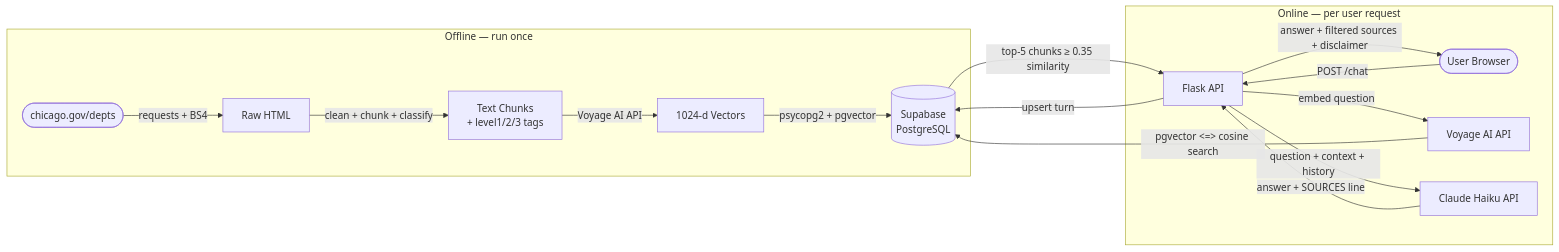
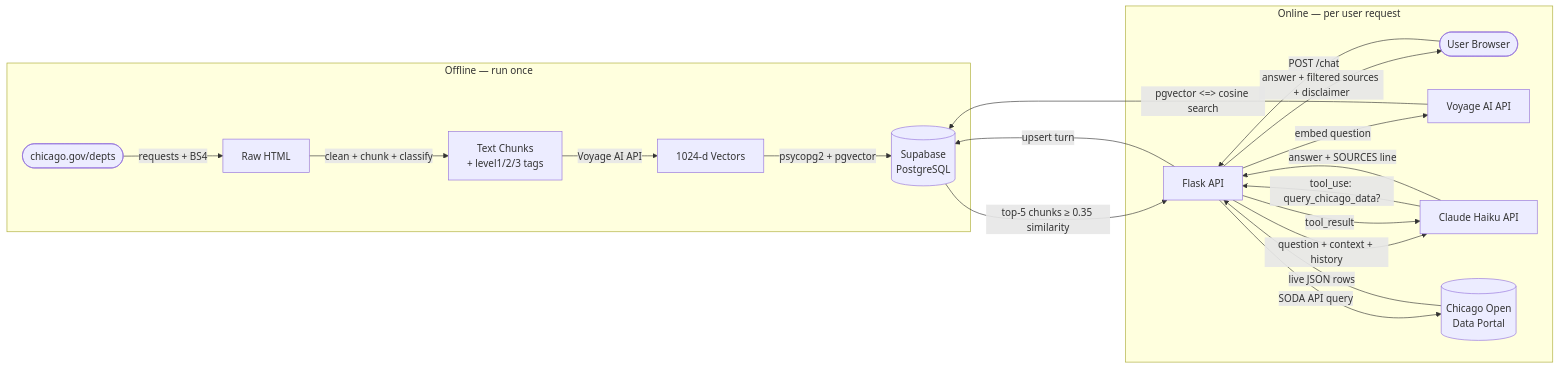
The first of 5 diagrams in project_overview.md (esiu-23/govt-chatbot), drawn with Mermaid before and after one commit. The commit also changed other lines of this file and 9 other files, not shown here.

````diff
--- a/project_overview.md
+++ b/project_overview.md
@@ -31,20 +32,24 @@
 ```mermaid
 flowchart LR
     subgraph Offline["Offline — run once"]
         A([chicago.gov/depts]) -->|requests + BS4| B[Raw HTML]
         B -->|clean + chunk + classify| C[Text Chunks\n+ level1/2/3 tags]
         C -->|Voyage AI API| D[1024-d Vectors]
         D -->|psycopg2 + pgvector| E[(Supabase\nPostgreSQL)]
     end
 
     subgraph Online["Online — per user request"]
         G([User Browser]) -->|POST /chat| H[Flask API]
         H -->|embed question| I[Voyage AI API]
         I -->|pgvector <=> cosine search| E
         E -->|top-5 chunks ≥ 0.35 similarity| H
         H -->|question + context + history| K[Claude Haiku API]
+        K -->|tool_use: query_chicago_data?| H
+        H -->|SODA API query| L[(Chicago Open\nData Portal)]
+        L -->|live JSON rows| H
+        H -->|tool_result| K
         K -->|answer + SOURCES line| H
         H -->|answer + filtered sources + disclaimer| G
         H -->|upsert turn| E
     end
 ```
````
